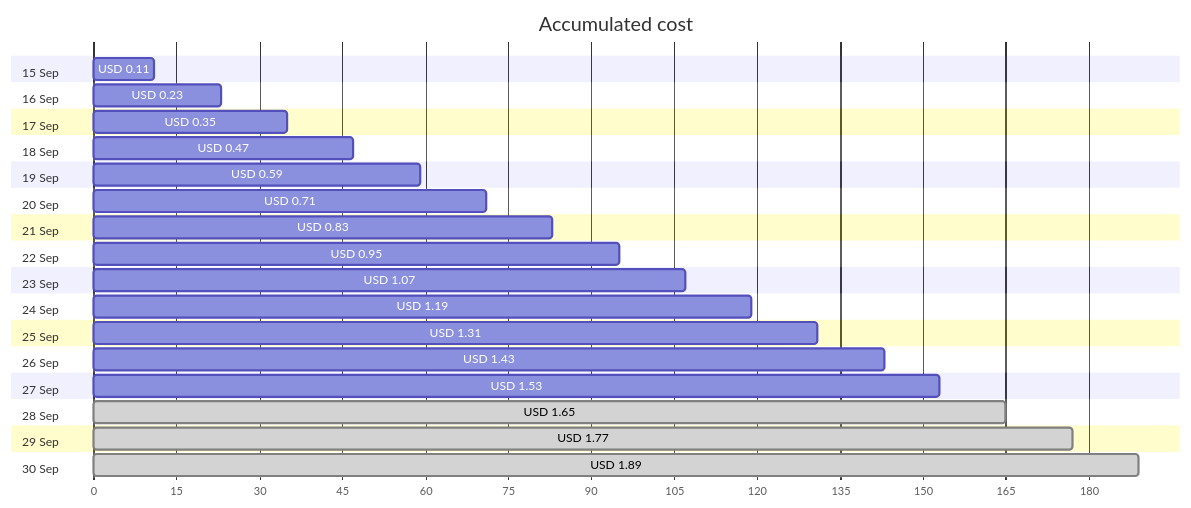
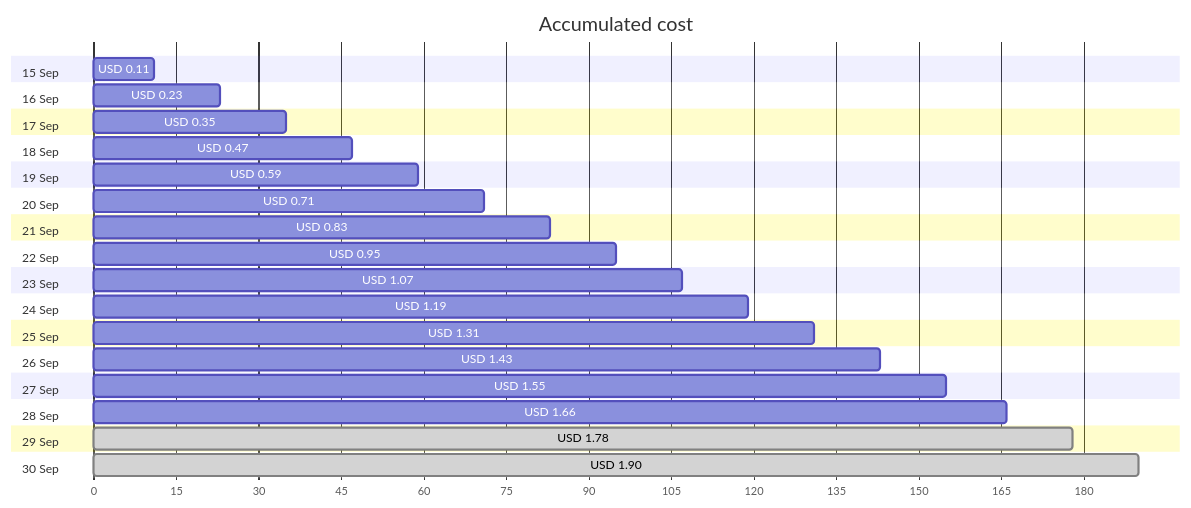
Before and after one commit to jpfulton/azure-personal-reports: the first of 4 diagrams in cost-reports/personal-network/vpn-server-public-ip.md, drawn with Mermaid. The commit also changed other lines of this file and 9 other files, not shown here.

````diff
--- a/cost-reports/personal-network/vpn-server-public-ip.md
+++ b/cost-reports/personal-network/vpn-server-public-ip.md
@@ -20,38 +20,38 @@
 ```mermaid
 gantt
    title Accumulated cost
    dateFormat  X
    axisFormat %s
    section 15 Sep
    USD 0.11 :0, 11
    section 16 Sep
    USD 0.23 :0, 23
    section 17 Sep
    USD 0.35 :0, 35
    section 18 Sep
    USD 0.47 :0, 47
    section 19 Sep
    USD 0.59 :0, 59
    section 20 Sep
    USD 0.71 :0, 71
    section 21 Sep
    USD 0.83 :0, 83
    section 22 Sep
    USD 0.95 :0, 95
    section 23 Sep
    USD 1.07 :0, 107
    section 24 Sep
    USD 1.19 :0, 119
    section 25 Sep
    USD 1.31 :0, 131
    section 26 Sep
    USD 1.43 :0, 143
    section 27 Sep
-   USD 1.53 :0, 153
+   USD 1.55 :0, 155
    section 28 Sep
-   USD 1.65 : done, 0, 165
+   USD 1.66 :0, 166
    section 29 Sep
-   USD 1.77 : done, 0, 177
+   USD 1.78 : done, 0, 178
    section 30 Sep
-   USD 1.89 : done, 0, 189
+   USD 1.90 : done, 0, 190
 ```
````
